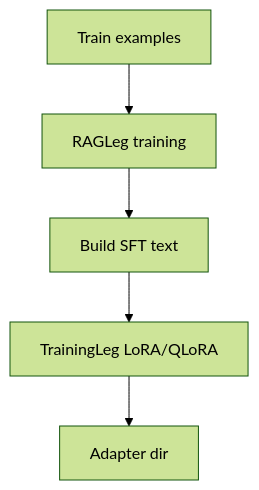
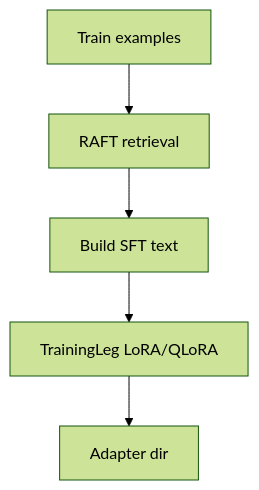
The first of 2 diagrams in README.md (GabrielBarberini/llm-tripod), drawn with Mermaid (forest theme) before and after one commit. The commit also changed other lines of this file and 21 other files, not shown here.

````diff
--- a/README.md
+++ b/README.md
@@ -39,7 +41,7 @@
 ```mermaid
 flowchart TD
-  Data[Train examples] --> RAG2[RAGLeg training]
-  RAG2 --> SFT[Build SFT text]
+  Data[Train examples] --> RAFT[RAFT retrieval]
+  RAFT --> SFT[Build SFT text]
   SFT --> Train[TrainingLeg LoRA/QLoRA]
   Train --> Adapter[Adapter dir]
 ```
````
